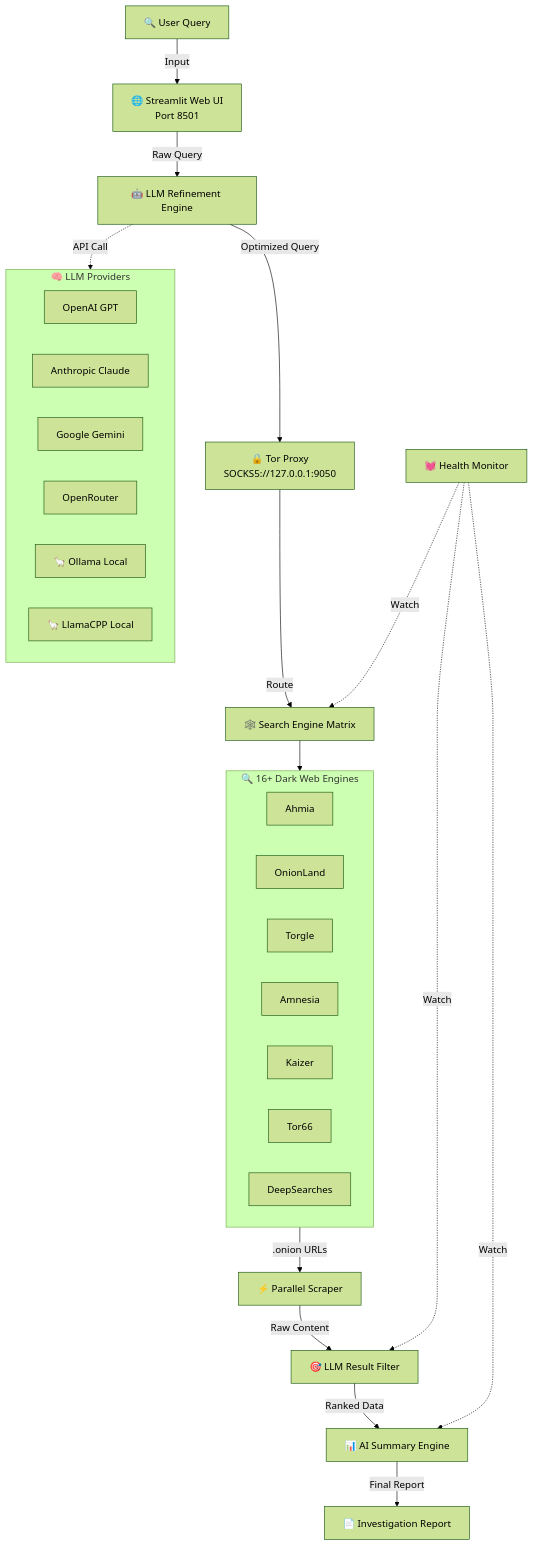
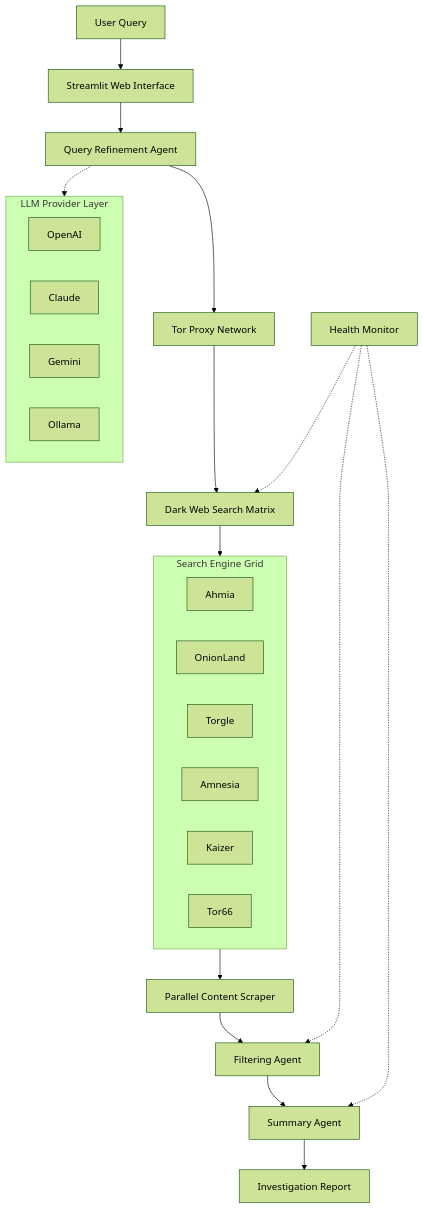
Before and after one commit to confidentialwebapp/Transilience-Aegis: the diagram in README.md, drawn with Mermaid (forest theme). The commit also changed other lines of this file, not shown here.

````diff
--- a/README.md
+++ b/README.md
@@ -108,38 +66,35 @@
 ```mermaid
 flowchart TD
-    A[🔍 User Query] -->|Input| B["🌐 Streamlit Web UI<br/>Port 8501"]
-    B -->|Raw Query| C["🤖 LLM Refinement Engine"]
+    A[User Query] --> B[Streamlit Web Interface]
+    B --> C[Query Refinement Agent]
     
-    subgraph LLM["🧠 LLM Providers"]
-        L1[OpenAI GPT]
-        L2[Anthropic Claude]
-        L3[Google Gemini]
-        L4[OpenRouter]
-        L5[🦙 Ollama Local]
-        L6[🦙 LlamaCPP Local]
+    subgraph LLM["LLM Provider Layer"]
+        L1[OpenAI]
+        L2[Claude]
+        L3[Gemini]
+        L4[Ollama]
     end
     
-    C -.->|API Call| LLM
-    C -->|Optimized Query| D["🔒 Tor Proxy<br/>SOCKS5://127.0.0.1:9050"]
-    D -->|Route| E["🕸️ Search Engine Matrix"]
+    C -.-> LLM
+    C --> D[Tor Proxy Network]
+    D --> E[Dark Web Search Matrix]
     
-    subgraph SE["🔍 16+ Dark Web Engines"]
+    subgraph SE["Search Engine Grid"]
         S1[Ahmia]
         S2[OnionLand]
         S3[Torgle]
         S4[Amnesia]
         S5[Kaizer]
         S6[Tor66]
-        S7[DeepSearches]
     end
     
     E --> SE
-    SE -->|.onion URLs| F["⚡ Parallel Scraper"]
-    F -->|Raw Content| G["🎯 LLM Result Filter"]
-    G -->|Ranked Data| H["📊 AI Summary Engine"]
-    H -->|Final Report| I["📄 Investigation Report"]
+    SE --> F[Parallel Content Scraper]
+    F --> G[Filtering Agent]
+    G --> H[Summary Agent]
+    H --> I[Investigation Report]
     
-    HM["💓 Health Monitor"] -.->|Watch| E
-    HM -.->|Watch| G
-    HM -.->|Watch| H
+    HM[Health Monitor] -.-> E
+    HM -.-> G
+    HM -.-> H
 ```
````
